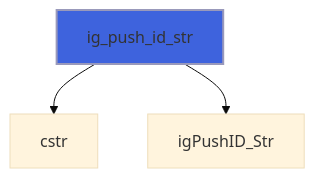
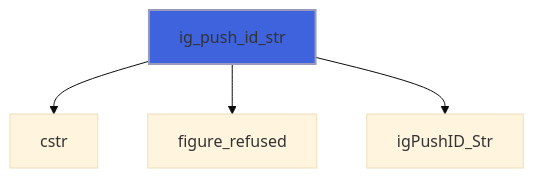
Diagram 15 of 26 in docs/api/src/lib/figure_group.md (szaghi/figure), drawn with Mermaid (base theme) before and after one commit. The commit also changed other lines of this file and 10 other files, not shown here.

````diff
--- a/docs/api/src/lib/figure_group.md
+++ b/docs/api/src/lib/figure_group.md
@@ -363,6 +400,7 @@
 ```mermaid
 flowchart TD
   ig_push_id_str["ig_push_id_str"] --> cstr["cstr"]
+  ig_push_id_str["ig_push_id_str"] --> figure_refused["figure_refused"]
   ig_push_id_str["ig_push_id_str"] --> igPushID_Str["igPushID_Str"]
   style ig_push_id_str fill:#3e63dd,stroke:#99b,stroke-width:2px
 ```
````
